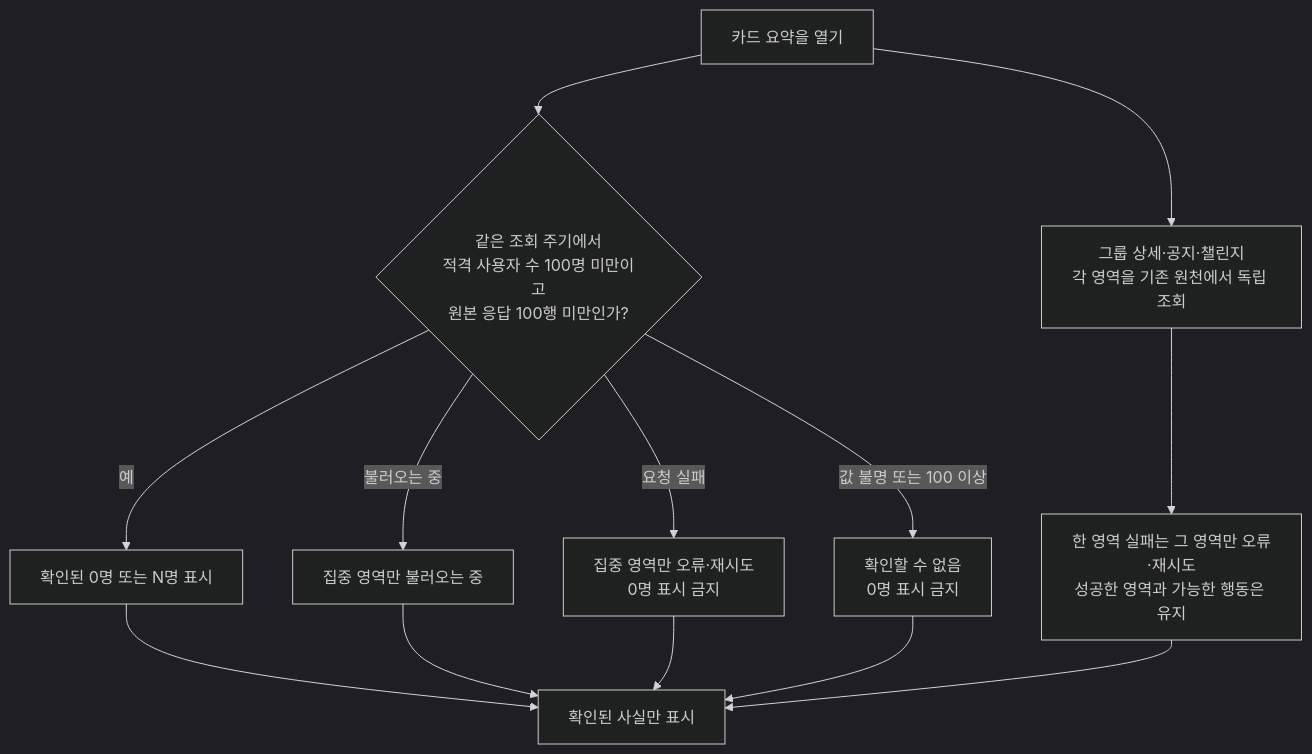
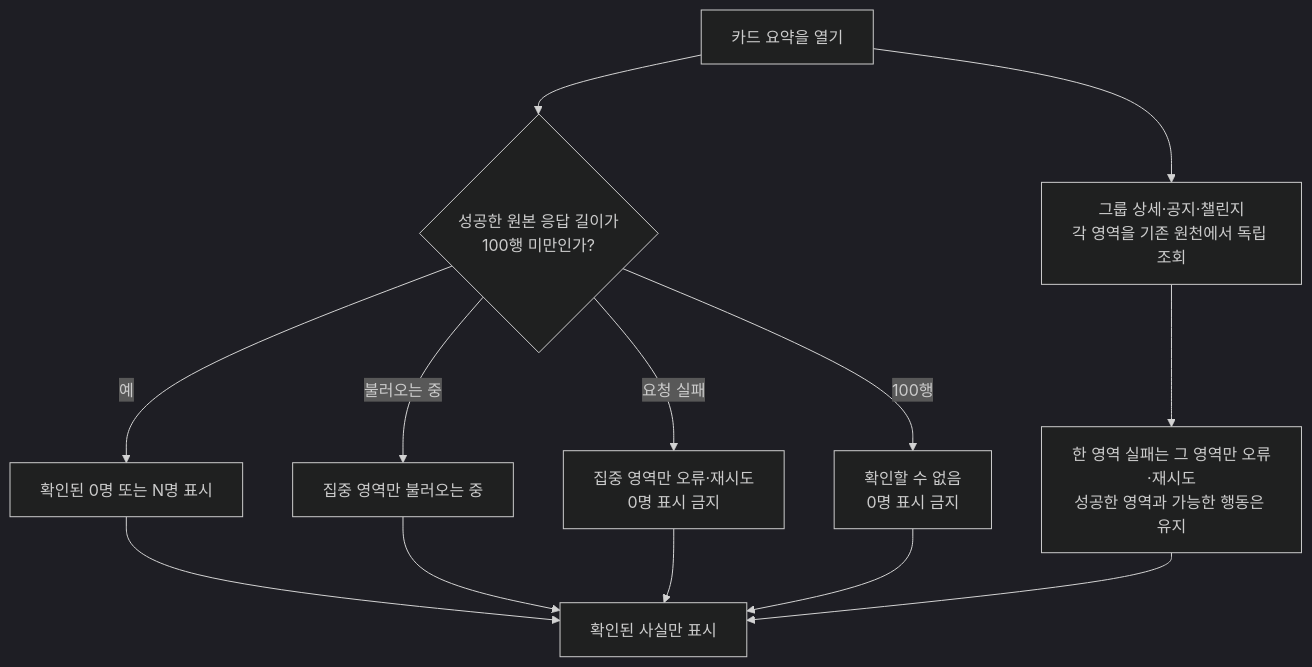
One commit to OneOrThree/phone changed the third of 7 diagrams in docs/prd/group/features/02-my-groups/high-level-design.md. Above: the diagram before and after it, drawn with Mermaid (dark theme). The commit also changed other lines of this file and 14 other files, not shown here.

````diff
--- a/docs/prd/group/features/02-my-groups/high-level-design.md
+++ b/docs/prd/group/features/02-my-groups/high-level-design.md
@@ -64,17 +64,17 @@
 ```mermaid
 flowchart TD
     A[카드 요약을 열기] --> SECTIONS[그룹 상세·공지·챌린지\n각 영역을 기존 원천에서 독립 조회]
     SECTIONS --> PARTIAL[한 영역 실패는 그 영역만 오류·재시도\n성공한 영역과 가능한 행동은 유지]
 
-    A --> COMPLETE{같은 조회 주기에서\n적격 사용자 수 100명 미만이고\n원본 응답 100행 미만인가?}
+    A --> COMPLETE{성공한 원본 응답 길이가\n100행 미만인가?}
     COMPLETE -->|예| COUNT[확인된 0명 또는 N명 표시]
     COMPLETE -->|불러오는 중| LOADING[집중 영역만 불러오는 중]
     COMPLETE -->|요청 실패| ERROR[집중 영역만 오류·재시도\n0명 표시 금지]
-    COMPLETE -->|값 불명 또는 100 이상| UNKNOWN[확인할 수 없음\n0명 표시 금지]
+    COMPLETE -->|100행| UNKNOWN[확인할 수 없음\n0명 표시 금지]
 
     COUNT --> TRUST[확인된 사실만 표시]
     LOADING --> TRUST
     ERROR --> TRUST
     UNKNOWN --> TRUST
     PARTIAL --> TRUST
 ```
````
